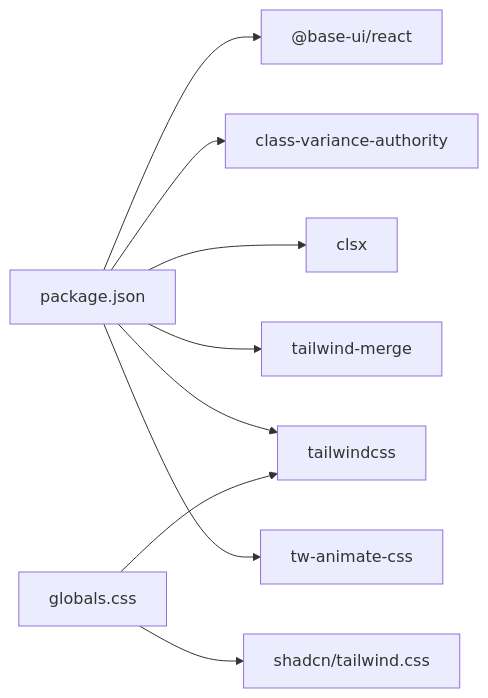
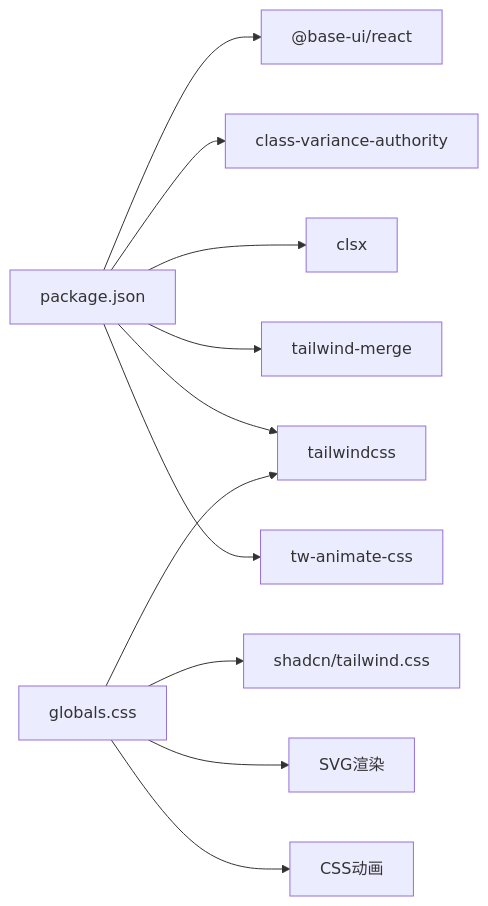
Before and after one commit to cccd123/macau-mystery: the eighth of 8 diagrams in .qoder/repowiki/zh/content/前端架构/UI组件系统/基础组件库.md, drawn with Mermaid. The commit also changed other lines of this file and 43 other files, not shown here.

````diff
--- a/.qoder/repowiki/zh/content/前端架构/UI组件系统/基础组件库.md
+++ b/.qoder/repowiki/zh/content/前端架构/UI组件系统/基础组件库.md
@@ -365,20 +490,24 @@
 ```mermaid
 graph LR
 PKG["package.json"]
 BASE["@base-ui/react"]
 CVA["class-variance-authority"]
 CLSX["clsx"]
 TWMERGE["tailwind-merge"]
 TW["tailwindcss"]
 ANIM["tw-animate-css"]
 SHADCN["shadcn/tailwind.css"]
 THEME["globals.css"]
+SVG["SVG渲染"]
+CSS["CSS动画"]
 PKG --> BASE
 PKG --> CVA
 PKG --> CLSX
 PKG --> TWMERGE
 PKG --> TW
 PKG --> ANIM
 THEME --> SHADCN
 THEME --> TW
+THEME --> SVG
+THEME --> CSS
 ```
````
